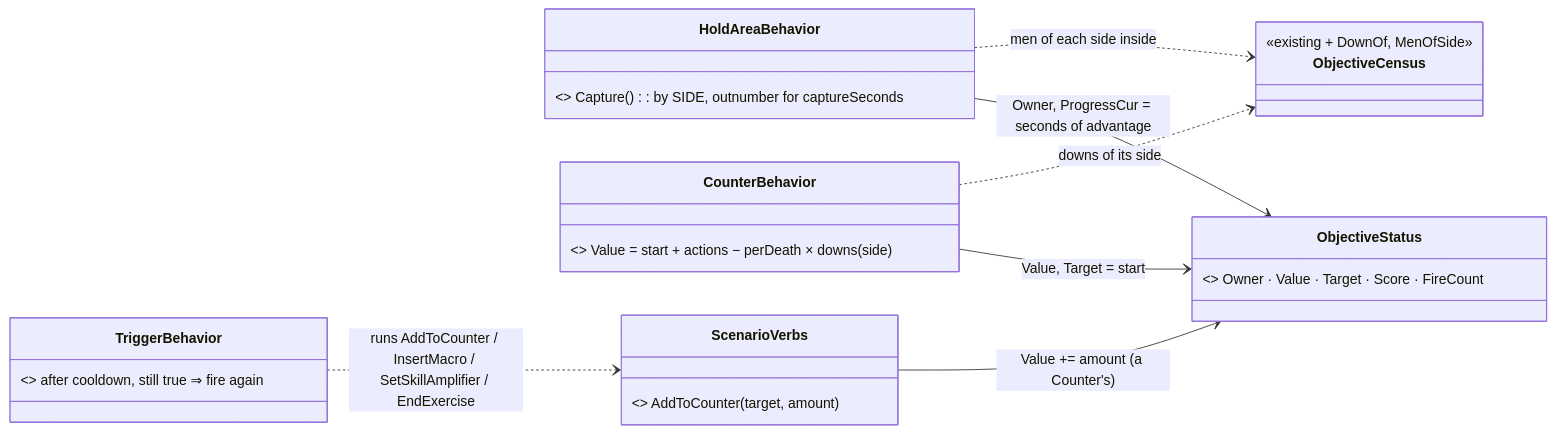
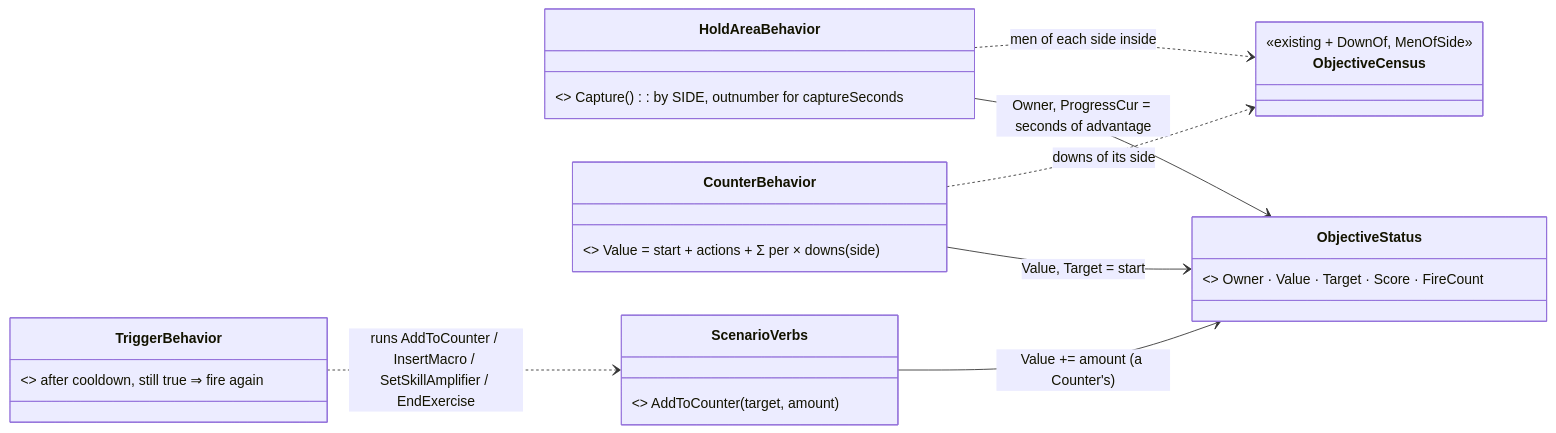
Before and after one commit to pjanec/HROT: the tenth of 20 diagrams in docs/DESIGN_Scenario_Rules.md, drawn with Mermaid. The commit also changed other lines of this file and 5 other files, not shown here.

First line of the commit message:
Showcase Crossfire v1 (draft, data only): scenario + macros game/bot, game/supply-crate generated by scripts/gen-showcase-crossfire.py, checks.json; S6 G-2 deaths as a {side, per} list (the lead counter)

````diff
--- a/docs/DESIGN_Scenario_Rules.md
+++ b/docs/DESIGN_Scenario_Rules.md
@@ -522,16 +522,16 @@
 ```mermaid
 classDiagram
     direction LR
     class HoldAreaBehavior { <<existing S1 + captureSeconds>> Capture(): by SIDE, outnumber for captureSeconds }
-    class CounterBehavior { <<NEW, Measure>> Value = start + actions − perDeath × downs(side) }
+    class CounterBehavior { <<NEW, Measure>> Value = start + actions + Σ per × downs(side) }
     class ScenarioVerbs { <<existing + AddToCounter>> AddToCounter(target, amount) }
     class TriggerBehavior { <<existing S2 + whileTrue>> after cooldown, still true ⇒ fire again }
     class ObjectiveStatus { <<existing>> Owner · Value · Target · Score · FireCount }
     class ObjectiveCensus { <<existing + DownOf, MenOfSide>> }
     HoldAreaBehavior --> ObjectiveStatus : Owner, ProgressCur = seconds of advantage
     CounterBehavior --> ObjectiveStatus : Value, Target = start
     ScenarioVerbs --> ObjectiveStatus : Value += amount (a Counter's)
     CounterBehavior ..> ObjectiveCensus : downs of its side
     HoldAreaBehavior ..> ObjectiveCensus : men of each side inside
     TriggerBehavior ..> ScenarioVerbs : runs AddToCounter / InsertMacro / SetSkillAmplifier / EndExercise
 ```
````
